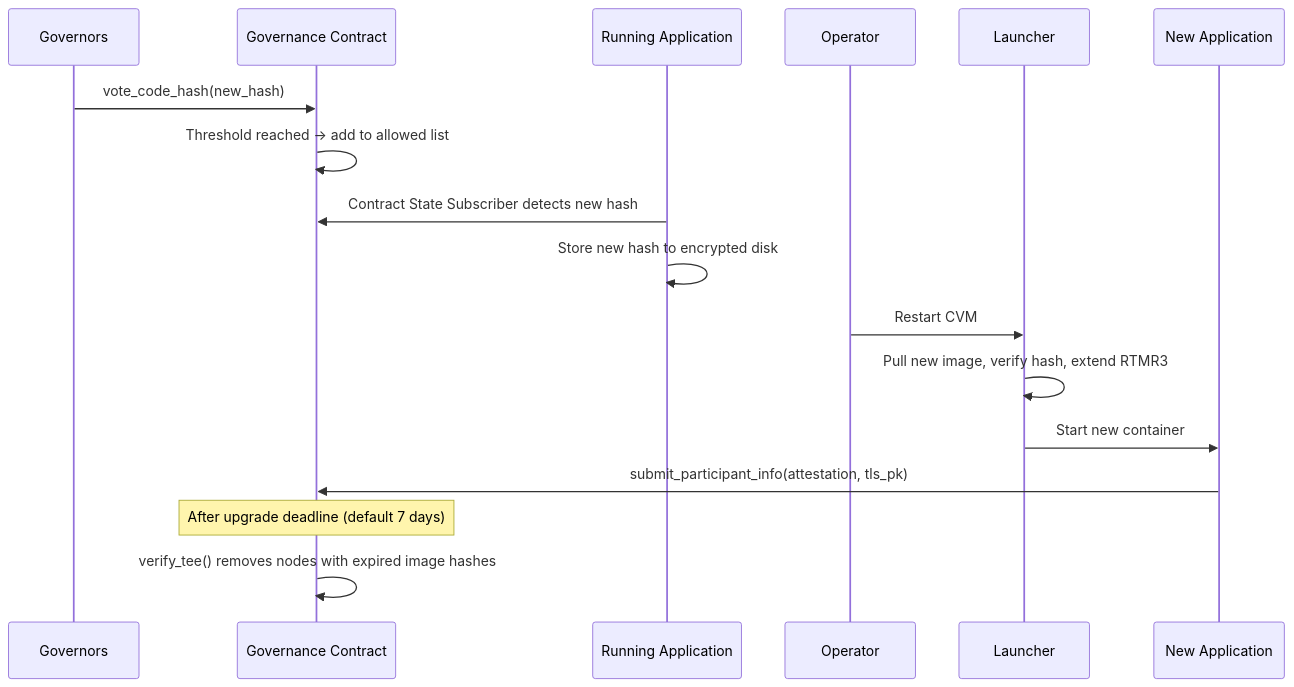
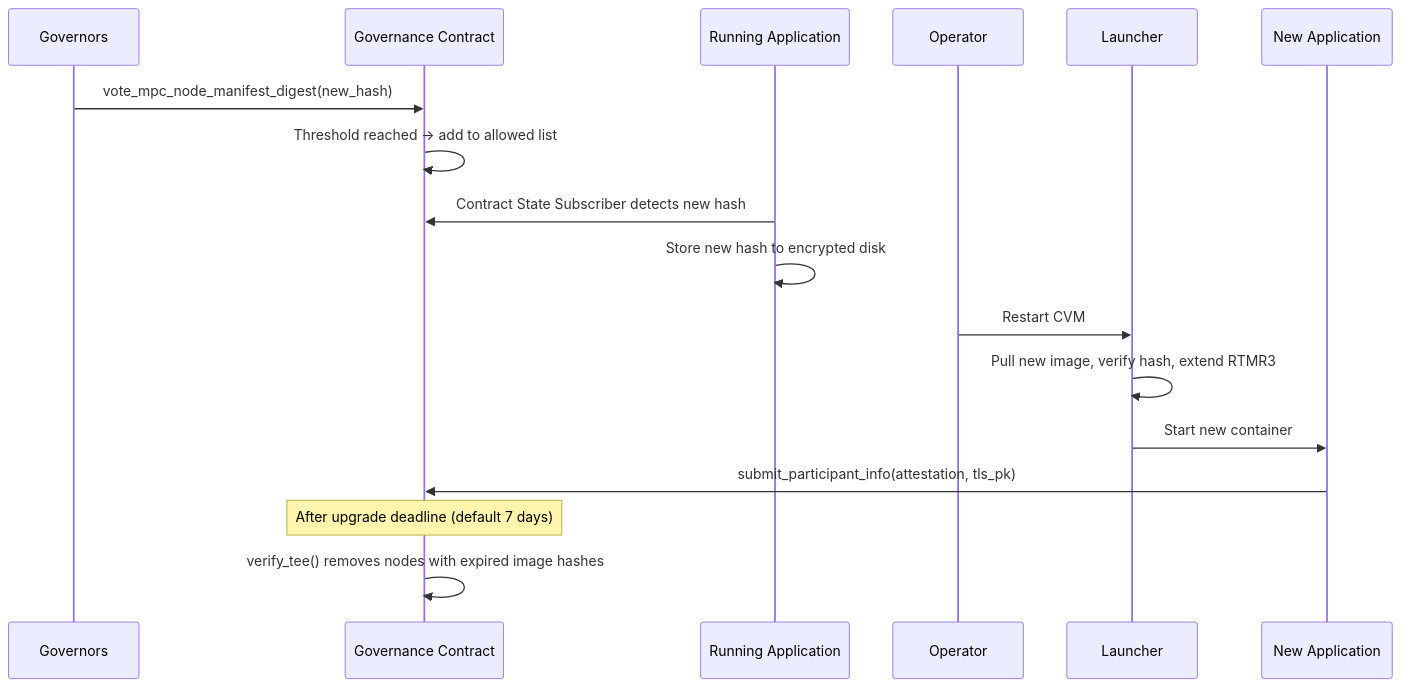
One commit to near/mpc changed the fourth of 4 diagrams in docs/design/tee-lifecycle.md. Above: the diagram before and after it, drawn with Mermaid. The commit also changed other lines of this file and 14 other files, not shown here.

````diff
--- a/docs/design/tee-lifecycle.md
+++ b/docs/design/tee-lifecycle.md
@@ -266,24 +266,24 @@
 ```mermaid
 sequenceDiagram
     participant GOV as Governors
     participant SC as Governance Contract
     participant APP as Running Application
     participant OP as Operator
     participant LA as Launcher
     participant NEW as New Application
 
-    GOV ->> SC: vote_code_hash(new_hash)
+    GOV ->> SC: vote_mpc_node_manifest_digest(new_hash)
     SC ->> SC: Threshold reached → add to allowed list
 
     APP ->> SC: Contract State Subscriber detects new hash
     APP ->> APP: Store new hash to encrypted disk
 
     OP ->> LA: Restart CVM
     LA ->> LA: Pull new image, verify hash, extend RTMR3
     LA ->> NEW: Start new container
 
     NEW ->> SC: submit_participant_info(attestation, tls_pk)
 
     Note over SC: After upgrade deadline (default 7 days)
     SC ->> SC: verify_tee() removes nodes with expired image hashes
 ```
````
